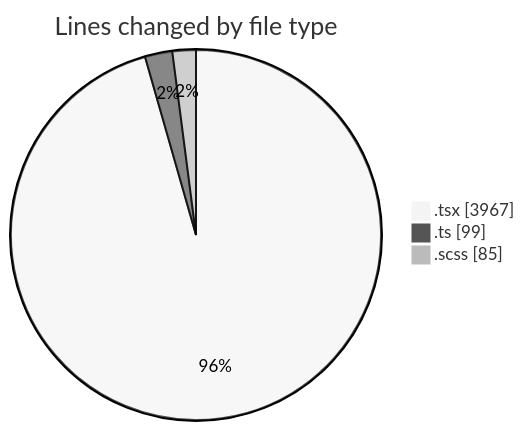
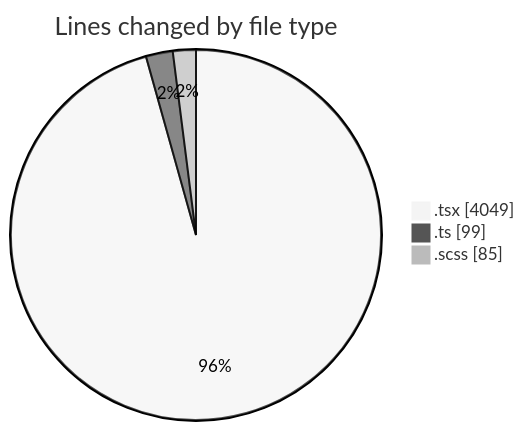
Before and after one commit to momahboobian/code-tracking: the first of 2 diagrams in 2025-02-11/cda/README.md, drawn with Mermaid (neutral theme). The commit also changed other lines of this file and 1 other file, not shown here.

````diff
--- a/2025-02-11/cda/README.md
+++ b/2025-02-11/cda/README.md
@@ -24,7 +24,7 @@
 ```mermaid
 pie showData
 title Lines changed by file type
-".tsx" : 3967
+".tsx" : 4049
 ".ts" : 99
 ".scss" : 85
 ```
````
